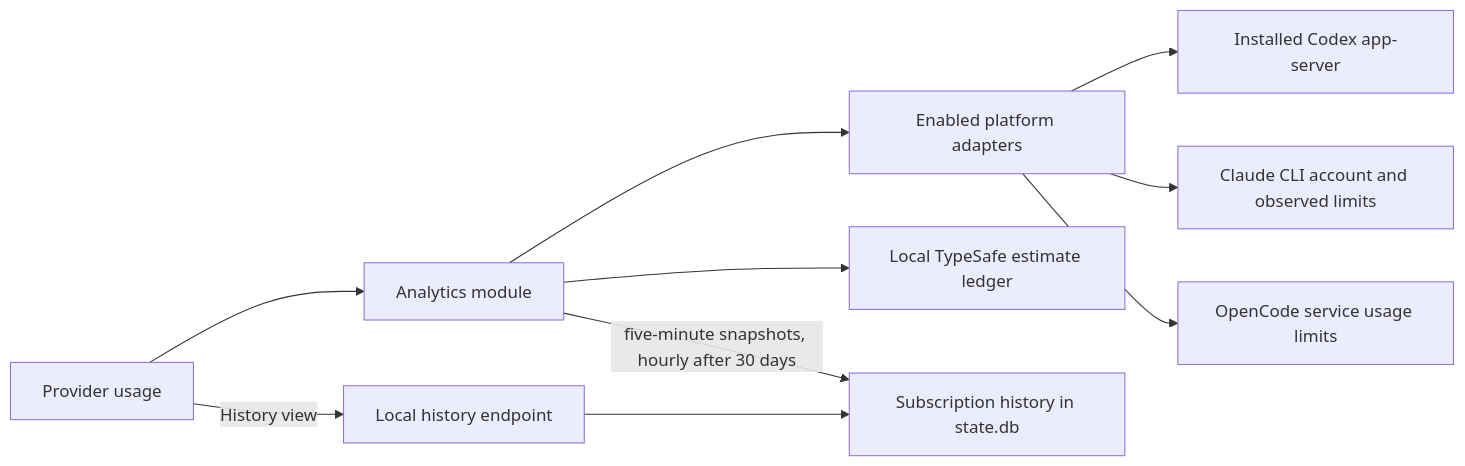
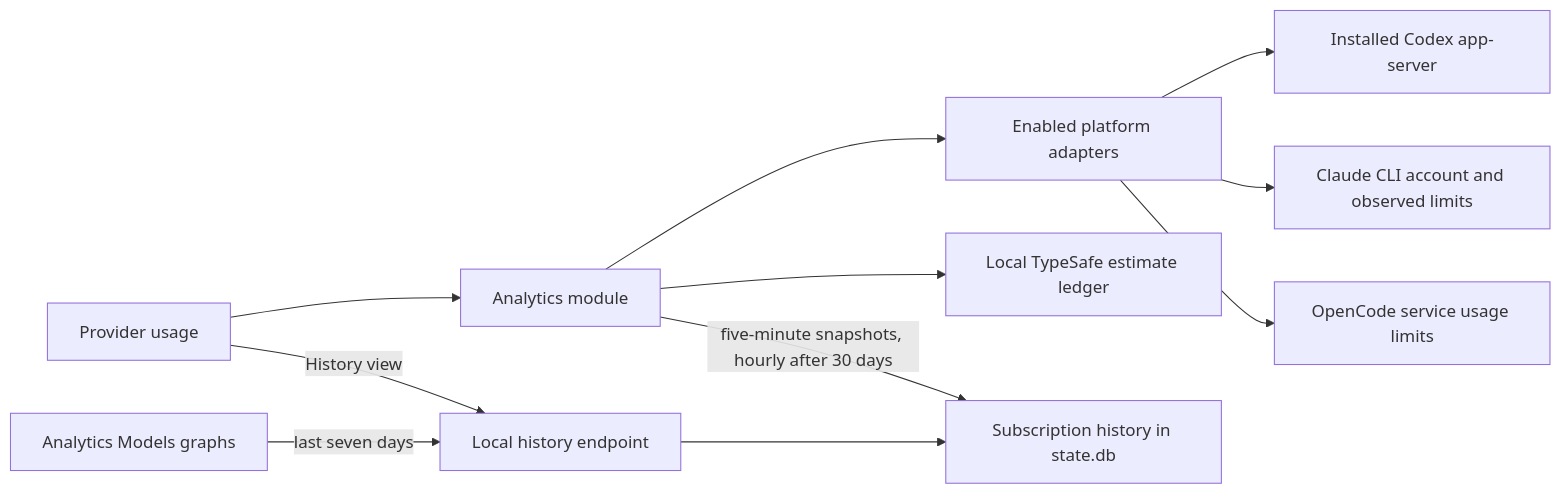
Before and after one commit to ocman/ocman: the eighth of 23 diagrams in docs/other/architecture.md, drawn with Mermaid. The commit also changed other lines of this file and 6 other files, not shown here.

Commit message:
feat: graph subscription usage in analytics

````diff
--- a/docs/other/architecture.md
+++ b/docs/other/architecture.md
@@ -455,12 +458,13 @@
 ```mermaid
 flowchart LR
     UI[Provider usage] --> Analytics[Analytics module]
     Analytics --> Registry[Enabled platform adapters]
     Registry --> Codex[Installed Codex app-server]
     Registry --> Claude[Claude CLI account and observed limits]
     Registry --> OpenCode[OpenCode service usage limits]
     Analytics --> Ledger[Local TypeSafe estimate ledger]
     Analytics -->|five-minute snapshots, hourly after 30 days| History[Subscription history in state.db]
     UI -->|History view| HistoryAPI[Local history endpoint]
+    Models[Analytics Models graphs] -->|last seven days| HistoryAPI
     HistoryAPI --> History
 ```
````
